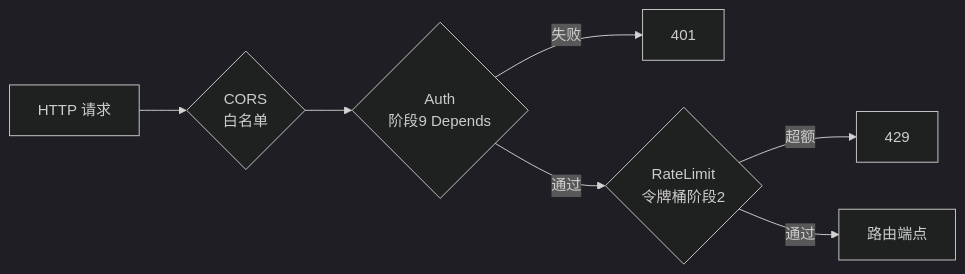
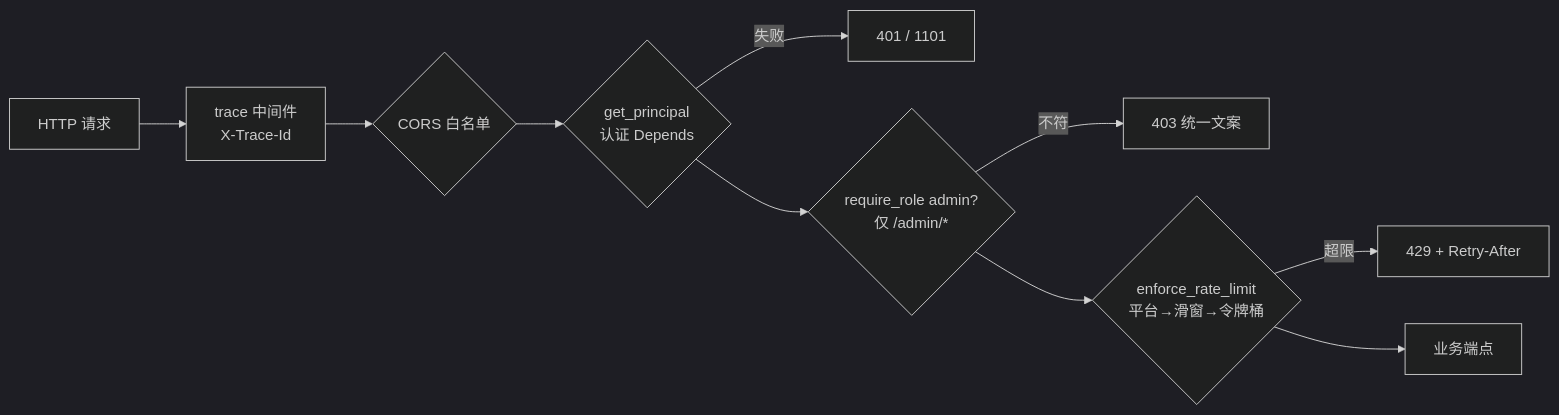
The diagram in doc/analysis/接口.md (lzptouch/Kquery), drawn with Mermaid (dark theme) before and after one commit. The commit also changed other lines of this file and 598 other files, not shown here.

````diff
--- a/doc/analysis/接口.md
+++ b/doc/analysis/接口.md
@@ -114,9 +234,12 @@
 ```mermaid
 flowchart LR
-    Req[HTTP 请求] --> CORS{CORS<br/>白名单}
-    CORS --> Auth{Auth<br/>阶段9 Depends}
-    Auth -->|失败| R401[401]
-    Auth -->|通过| RL{RateLimit<br/>令牌桶阶段2}
-    RL -->|超额| R429[429]
-    RL -->|通过| Route[路由端点]
+    Req[HTTP 请求] --> T[trace 中间件<br/>X-Trace-Id]
+    T --> CORS{CORS 白名单}
+    CORS --> Auth{get_principal<br/>认证 Depends}
+    Auth -->|失败| R401[401 / 1101]
+    Auth --> Role{require_role admin?<br/>仅 /admin/*}
+    Role -->|不符| R403[403 统一文案]
+    Role --> Quota{enforce_rate_limit<br/>平台→滑窗→令牌桶}
+    Quota -->|超限| R429[429 + Retry-After]
+    Quota --> Route[业务端点]
 ```
````
